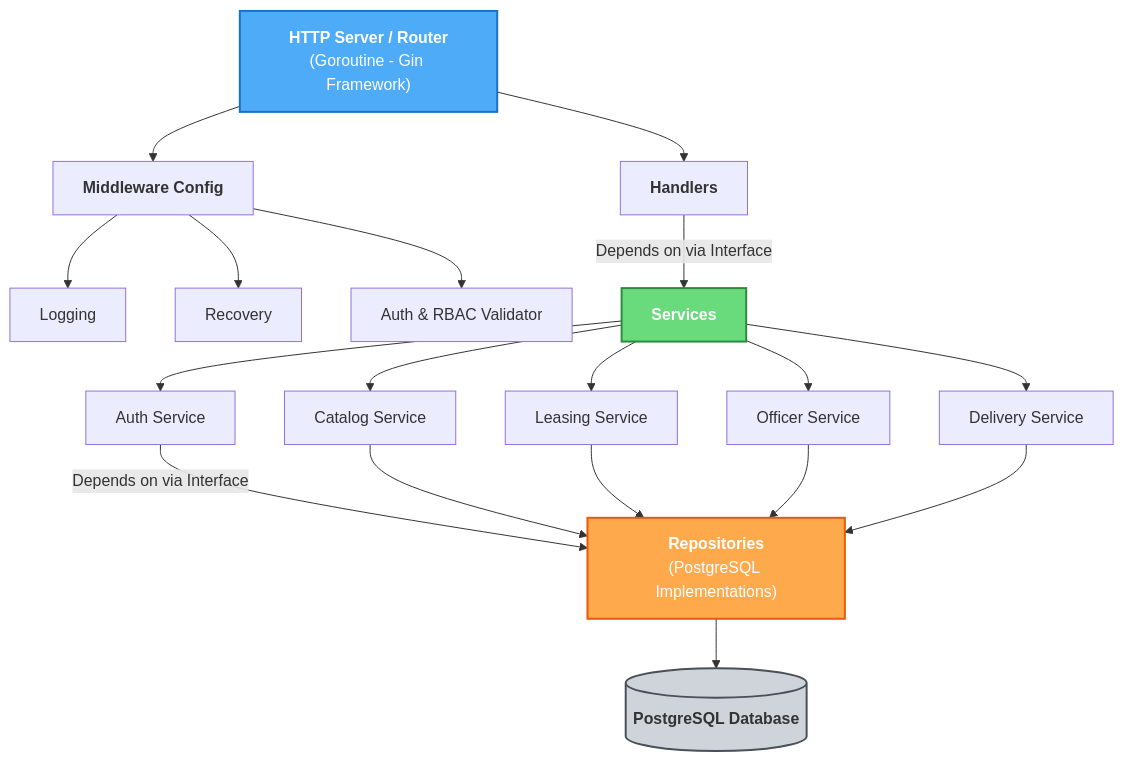
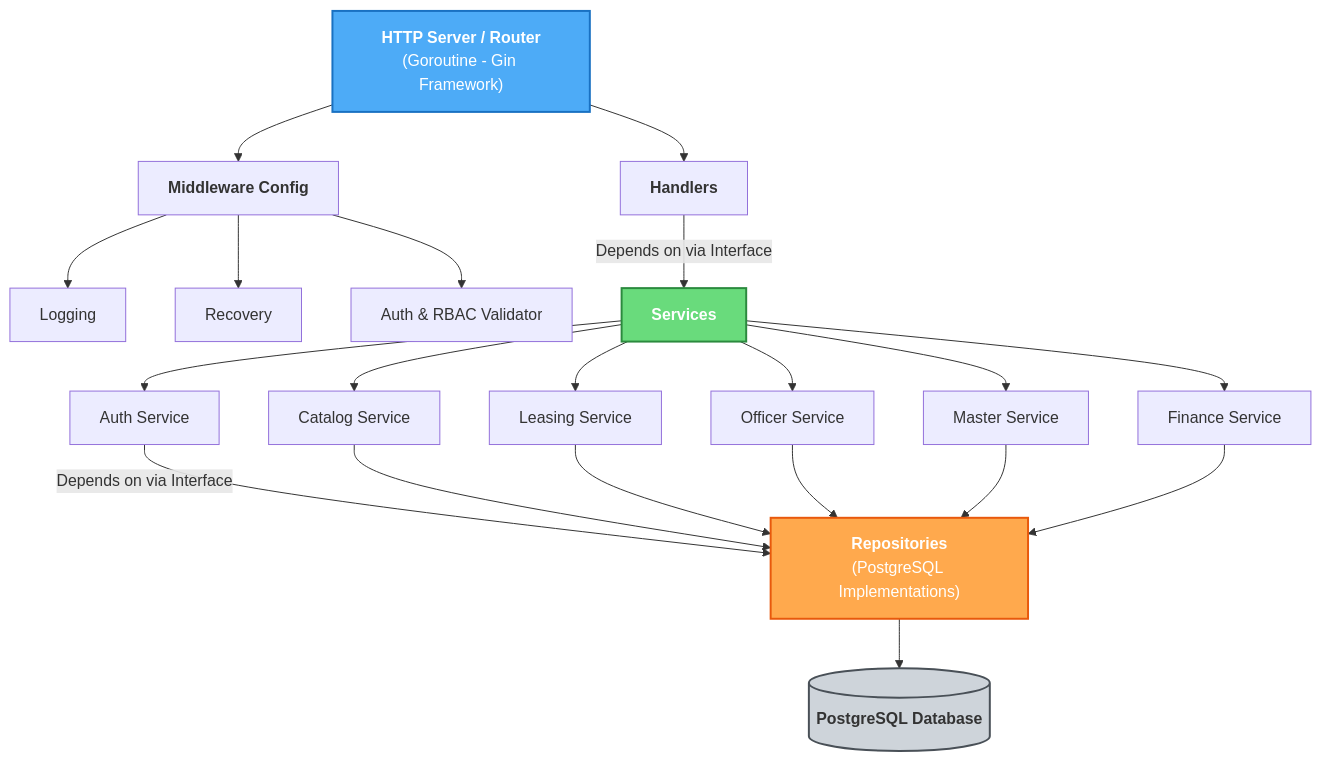
Before and after one commit to Stoic2002/honda-leasing-api: the second of 2 diagrams in docs/02-architecture.md, drawn with Mermaid. The commit also changed other lines of this file and 60 other files, not shown here.

````diff
--- a/docs/02-architecture.md
+++ b/docs/02-architecture.md
@@ -62,30 +62,32 @@
 ```mermaid
 graph TD
     A["<b>HTTP Server / Router</b><br/>(Goroutine - Gin Framework)"] --> B["<b>Middleware Config</b>"]
     A --> C["<b>Handlers</b>"]
     
     B --> B1[Logging]
     B --> B2[Recovery]
     B --> B3["Auth & RBAC Validator"]
 
     C --> |Depends on via Interface| D["<b>Services</b>"]
     
     D --> E1[Auth Service]
     D --> E2[Catalog Service]
     D --> E3[Leasing Service]
     D --> E4[Officer Service]
-    D --> E5[Delivery Service]
+    D --> E5[Master Service]
+    D --> E6[Finance Service]
     
     E1 --> |Depends on via Interface| F["<b>Repositories</b><br/>(PostgreSQL Implementations)"]
     E2 --> F
     E3 --> F
     E4 --> F
     E5 --> F
+    E6 --> F
     
     F --> G[("<b>PostgreSQL Database</b>")]
     
     style A fill:#4dabf7,stroke:#1971c2,stroke-width:2px,color:white
     style D fill:#69db7c,stroke:#2b8a3e,stroke-width:2px,color:white
     style F fill:#ffa94d,stroke:#e8590c,stroke-width:2px,color:white
     style G fill:#ced4da,stroke:#495057,stroke-width:2px
 ```
````
